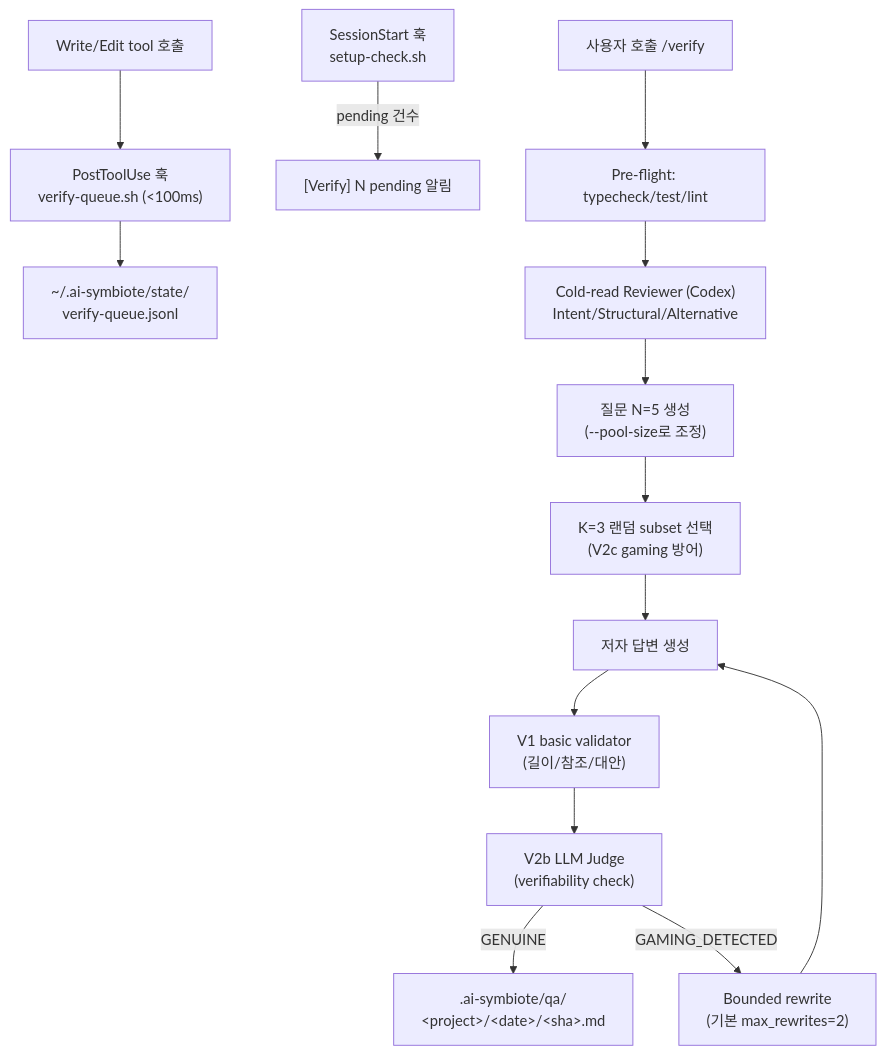
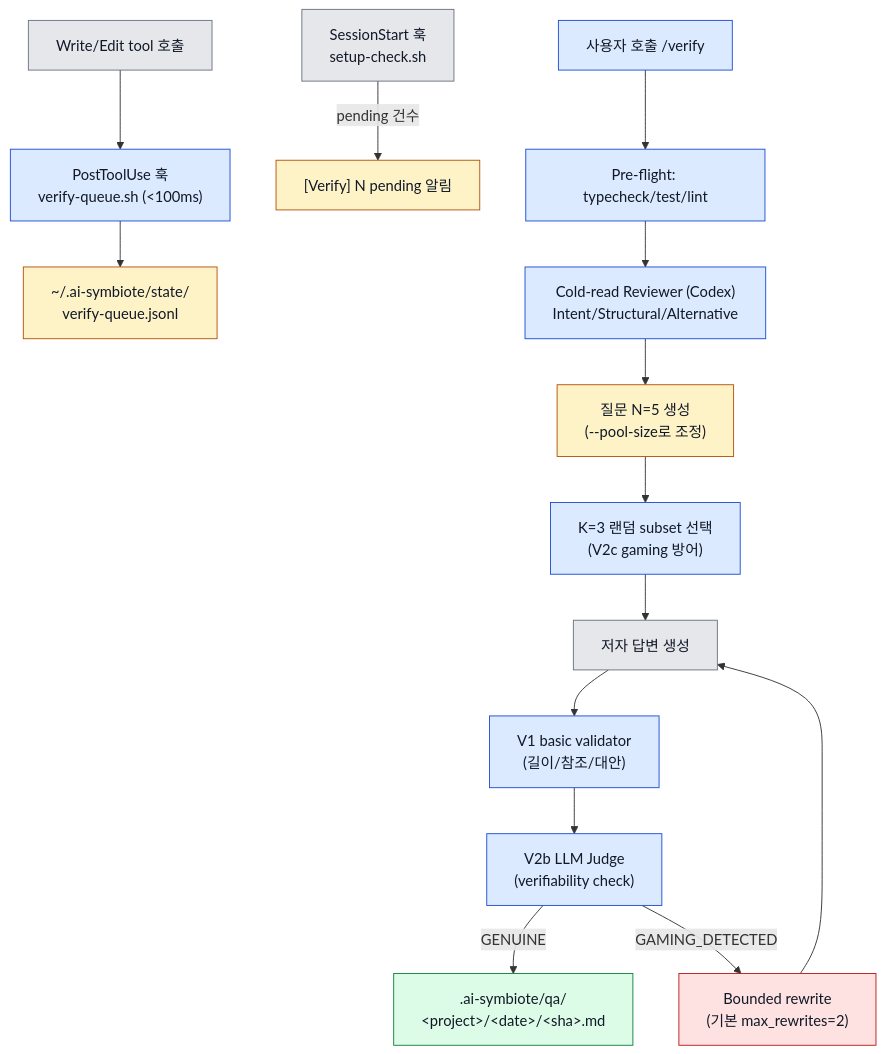
The third of 3 diagrams in docs/02-아키텍처.md (Jimmy-Jung/ai-symbiote), drawn with Mermaid before and after one commit. The commit also changed other lines of this file and 10 other files, not shown here.

Commit message:
docs(mermaid): 다이어그램 대비 색상 개선

````diff
--- a/docs/02-아키텍처.md
+++ b/docs/02-아키텍처.md
@@ -72,16 +92,32 @@
 ```mermaid
 flowchart TD
     A["Write/Edit tool 호출"] --> B["PostToolUse 훅<br/>verify-queue.sh (<100ms)"]
     B --> C["~/.ai-symbiote/state/<br/>verify-queue.jsonl"]
     D["SessionStart 훅<br/>setup-check.sh"] -->|pending 건수| E["[Verify] N pending 알림"]
     F["사용자 호출 /verify"] --> G["Pre-flight: typecheck/test/lint"]
     G --> H["Cold-read Reviewer (Codex)<br/>Intent/Structural/Alternative"]
     H --> I["질문 N=5 생성<br/>(--pool-size로 조정)"]
     I --> J["K=3 랜덤 subset 선택<br/>(V2c gaming 방어)"]
     J --> K["저자 답변 생성"]
     K --> L["V1 basic validator<br/>(길이/참조/대안)"]
     L --> M["V2b LLM Judge<br/>(verifiability check)"]
     M -->|GENUINE| N[".ai-symbiote/qa/<br/>&lt;project&gt;/&lt;date&gt;/&lt;sha&gt;.md"]
     M -->|GAMING_DETECTED| O["Bounded rewrite<br/>(기본 max_rewrites=2)"]
     O --> K
+
+    style A fill:#e5e7eb,stroke:#6b7280,color:#111827
+    style B fill:#dbeafe,stroke:#1d4ed8,color:#111827
+    style C fill:#fef3c7,stroke:#b45309,color:#111827
+    style D fill:#e5e7eb,stroke:#6b7280,color:#111827
+    style E fill:#fef3c7,stroke:#b45309,color:#111827
+    style F fill:#dbeafe,stroke:#1d4ed8,color:#111827
+    style G fill:#dbeafe,stroke:#1d4ed8,color:#111827
+    style H fill:#dbeafe,stroke:#1d4ed8,color:#111827
+    style I fill:#fef3c7,stroke:#b45309,color:#111827
+    style J fill:#dbeafe,stroke:#1d4ed8,color:#111827
+    style K fill:#e5e7eb,stroke:#6b7280,color:#111827
+    style L fill:#dbeafe,stroke:#1d4ed8,color:#111827
+    style M fill:#dbeafe,stroke:#1d4ed8,color:#111827
+    style N fill:#dcfce7,stroke:#15803d,color:#111827
+    style O fill:#fee2e2,stroke:#b91c1c,color:#111827
 ```
````
